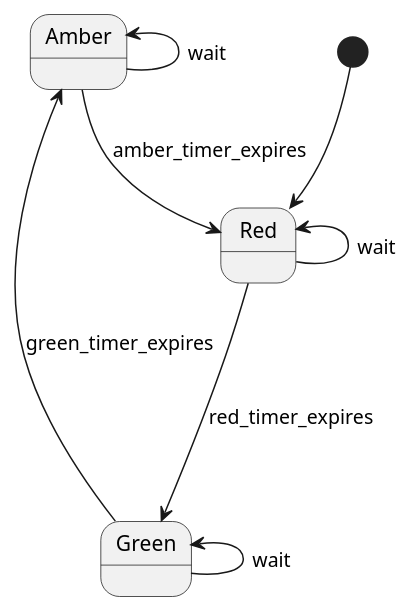
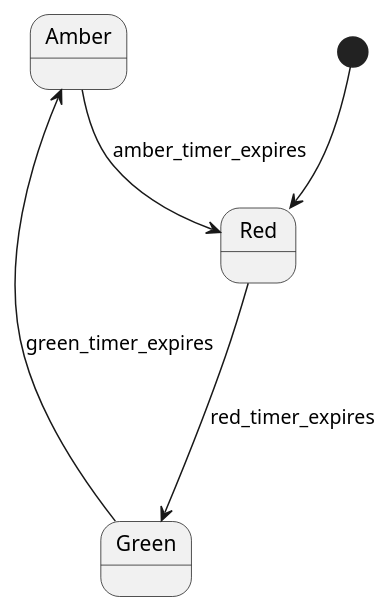
The diagram in docs/TrafficLight.puml (vocaltech/traffic-light-fsm-typescript), drawn with PlantUML before and after one commit.

Commit message:
remove wait status

```diff
--- a/docs/TrafficLight.puml
+++ b/docs/TrafficLight.puml
@@ -1,14 +1,10 @@
 @startuml trafficlight-state-diagram
 'scale 350 width
 
 [*] --> Red
-Red <-- Red : wait
 Red ---> Green : red_timer_expires
 
-Amber <-- Amber : wait
 Amber --> Red : amber_timer_expires
 Amber <-- Green : green_timer_expires
 
-Green <-- Green : wait
-
 @enduml
```
